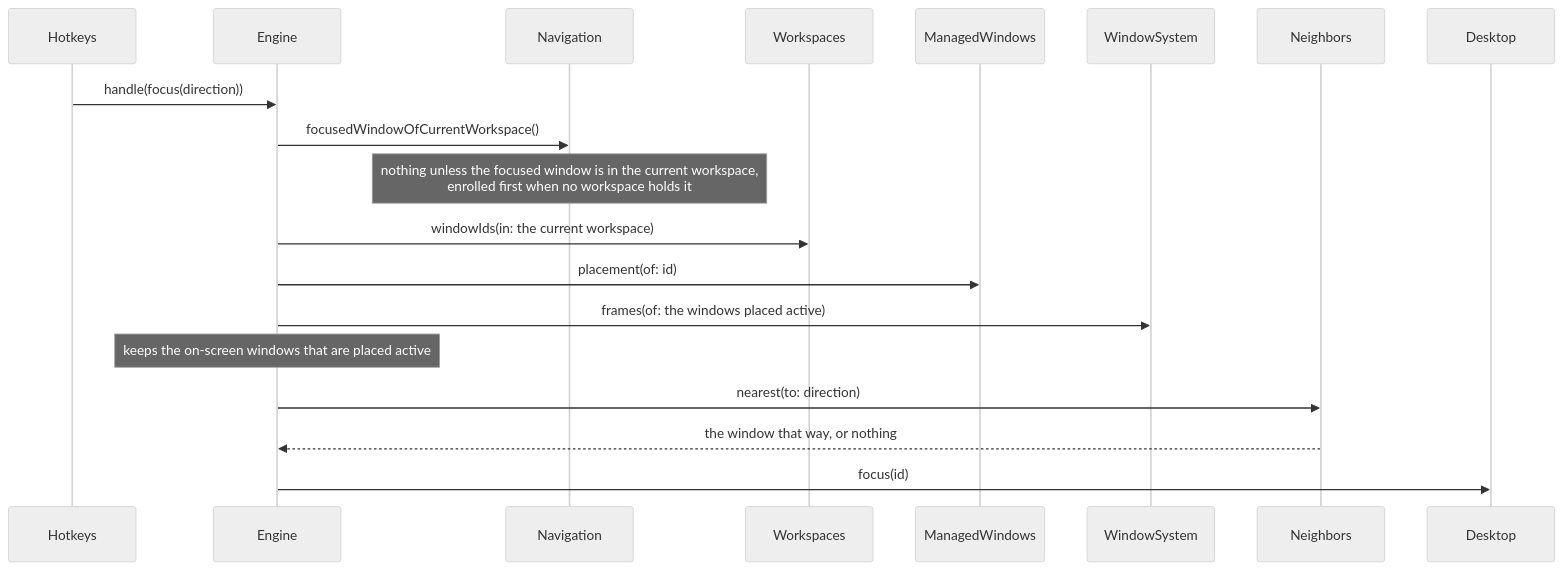
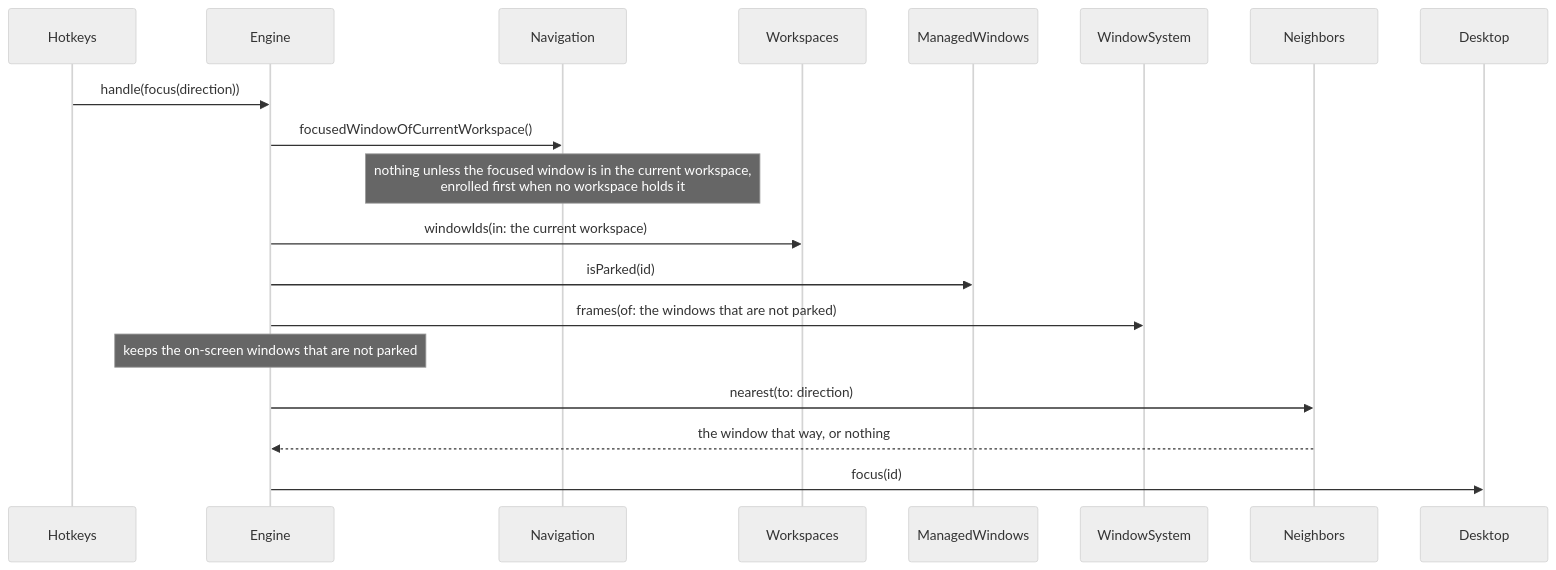
Before and after one commit to brennovich/ottowm: the tenth of 18 diagrams in ARCHITECTURE.md, drawn with Mermaid (neutral theme). The commit also changed other lines of this file and 27 other files, not shown here.

````diff
--- a/ARCHITECTURE.md
+++ b/ARCHITECTURE.md
@@ -264,13 +263,13 @@
 ```mermaid
 sequenceDiagram
     Hotkeys->>Engine: handle(focus(direction))
     Engine->>Navigation: focusedWindowOfCurrentWorkspace()
     Note over Navigation: nothing unless the focused window is in the current workspace,<br/>enrolled first when no workspace holds it
     Engine->>Workspaces: windowIds(in: the current workspace)
-    Engine->>ManagedWindows: placement(of: id)
-    Engine->>WindowSystem: frames(of: the windows placed active)
-    Note over Engine: keeps the on-screen windows that are placed active
+    Engine->>ManagedWindows: isParked(id)
+    Engine->>WindowSystem: frames(of: the windows that are not parked)
+    Note over Engine: keeps the on-screen windows that are not parked
     Engine->>Neighbors: nearest(to: direction)
     Neighbors-->>Engine: the window that way, or nothing
     Engine->>Desktop: focus(id)
 ```
````
